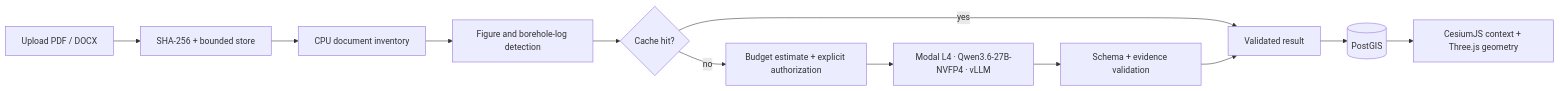
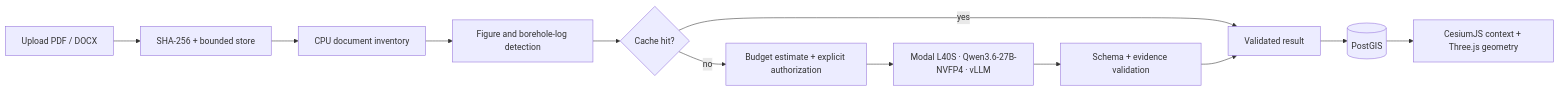
Before and after one commit to kilickursat/Georeport3D: the diagram in README.md, drawn with Mermaid. The commit also changed other lines of this file and 12 other files, not shown here.

````diff
--- a/README.md
+++ b/README.md
@@ -71,14 +71,14 @@
 ```mermaid
 flowchart LR
   U[Upload PDF / DOCX] --> H[SHA-256 + bounded store]
   H --> I[CPU document inventory]
   I --> F[Figure and borehole-log detection]
   F --> C{Cache hit?}
   C -- yes --> V[Validated result]
   C -- no --> B[Budget estimate + explicit authorization]
-  B --> M[Modal L4 · Qwen3.6-27B-NVFP4 · vLLM]
+  B --> M[Modal L40S · Qwen3.6-27B-NVFP4 · vLLM]
   M --> P[Schema + evidence validation]
   P --> V
   V --> D[(PostGIS)]
   D --> W[CesiumJS context + Three.js geometry]
 ```
````
